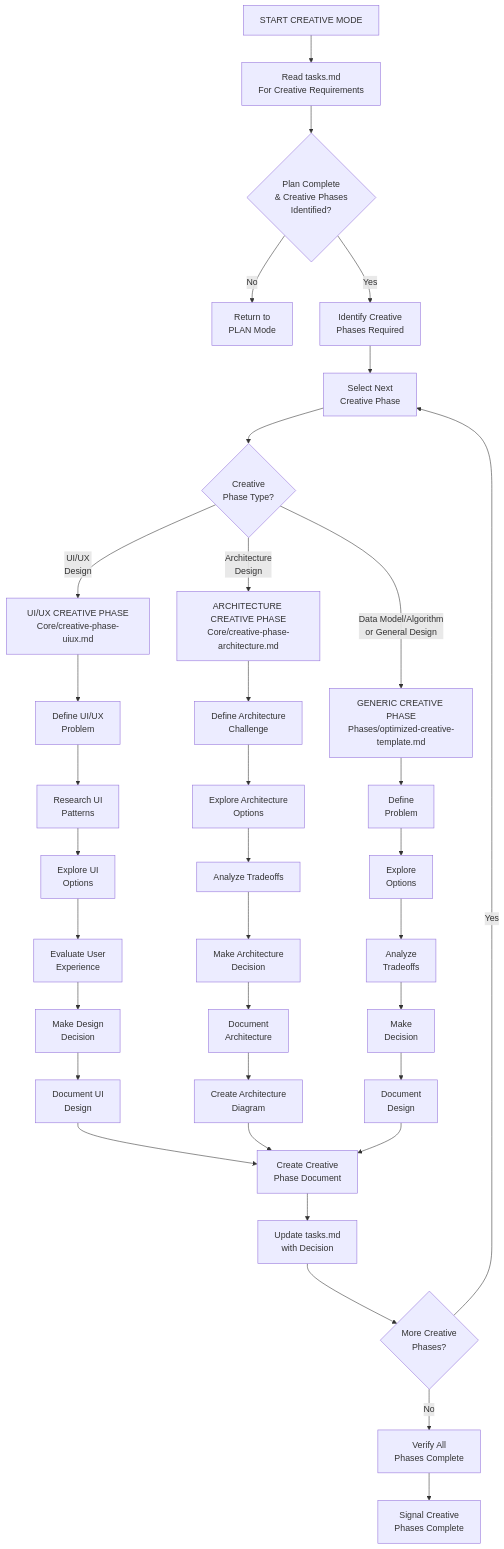
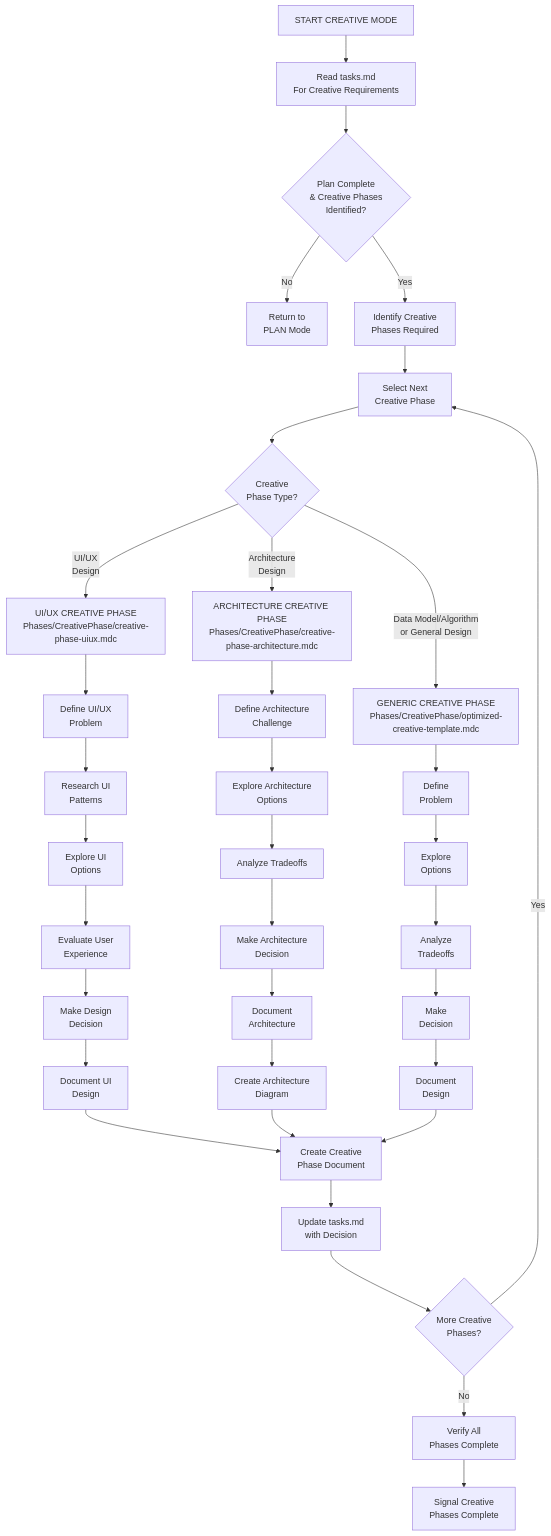
The first of 4 diagrams in rulesets/niko/niko/visual-maps/creative-mode-map.mdc (Texarkanine/.cursor-rules), drawn with Mermaid before and after one commit. The commit also changed other lines of this file and 43 other files, not shown here.

````diff
--- a/rulesets/niko/niko/visual-maps/creative-mode-map.mdc
+++ b/rulesets/niko/niko/visual-maps/creative-mode-map.mdc
@@ -13,49 +13,49 @@
 ```mermaid
 graph TD
     Start["START CREATIVE MODE"] --> ReadTasks["Read tasks.md<br>For Creative Requirements"]
     
     %% Initial Assessment
     ReadTasks --> VerifyPlan{"Plan Complete<br>& Creative Phases<br>Identified?"}
     VerifyPlan -->|"No"| ReturnPlan["Return to<br>PLAN Mode"]
     VerifyPlan -->|"Yes"| IdentifyPhases["Identify Creative<br>Phases Required"]
     
     %% Creative Phase Selection
     IdentifyPhases --> SelectPhase["Select Next<br>Creative Phase"]
     SelectPhase --> PhaseType{"Creative<br>Phase Type?"}
     
     %% Creative Phase Types
-    PhaseType -->|"UI/UX<br>Design"| UIPhase["UI/UX CREATIVE PHASE<br>Core/creative-phase-uiux.md"]
-    PhaseType -->|"Architecture<br>Design"| ArchPhase["ARCHITECTURE CREATIVE PHASE<br>Core/creative-phase-architecture.md"]
-    PhaseType -->|"Data Model/Algorithm<br>or General Design"| GenericPhase["GENERIC CREATIVE PHASE<br>Phases/optimized-creative-template.md"]
+    PhaseType -->|"UI/UX<br>Design"| UIPhase["UI/UX CREATIVE PHASE<br>Phases/CreativePhase/creative-phase-uiux.mdc"]
+    PhaseType -->|"Architecture<br>Design"| ArchPhase["ARCHITECTURE CREATIVE PHASE<br>Phases/CreativePhase/creative-phase-architecture.mdc"]
+    PhaseType -->|"Data Model/Algorithm<br>or General Design"| GenericPhase["GENERIC CREATIVE PHASE<br>Phases/CreativePhase/optimized-creative-template.mdc"]
     
     %% UI/UX Creative Phase
     UIPhase --> UI_Problem["Define UI/UX<br>Problem"]
     UI_Problem --> UI_Research["Research UI<br>Patterns"]
     UI_Research --> UI_Options["Explore UI<br>Options"]
     UI_Options --> UI_Evaluate["Evaluate User<br>Experience"]
     UI_Evaluate --> UI_Decision["Make Design<br>Decision"]
     UI_Decision --> UI_Document["Document UI<br>Design"]
     
     %% Architecture Creative Phase
     ArchPhase --> Arch_Problem["Define Architecture<br>Challenge"]
     Arch_Problem --> Arch_Options["Explore Architecture<br>Options"]
     Arch_Options --> Arch_Analyze["Analyze Tradeoffs"]
     Arch_Analyze --> Arch_Decision["Make Architecture<br>Decision"]
     Arch_Decision --> Arch_Document["Document<br>Architecture"]
     Arch_Document --> Arch_Diagram["Create Architecture<br>Diagram"]
     
     %% Generic Creative Phase (for Data Model, Algorithm, or other design types)
     GenericPhase --> Generic_Problem["Define<br>Problem"]
     Generic_Problem --> Generic_Options["Explore<br>Options"]
     Generic_Options --> Generic_Analyze["Analyze<br>Tradeoffs"]
     Generic_Analyze --> Generic_Decision["Make<br>Decision"]
     Generic_Decision --> Generic_Document["Document<br>Design"]
     
     %% Documentation & Completion
     UI_Document & Arch_Diagram & Generic_Document --> CreateDoc["Create Creative<br>Phase Document"]
     CreateDoc --> UpdateTasks["Update tasks.md<br>with Decision"]
     UpdateTasks --> MorePhases{"More Creative<br>Phases?"}
     MorePhases -->|"Yes"| SelectPhase
     MorePhases -->|"No"| VerifyComplete["Verify All<br>Phases Complete"]
     VerifyComplete --> NotifyComplete["Signal Creative<br>Phases Complete"]
 ```
````
